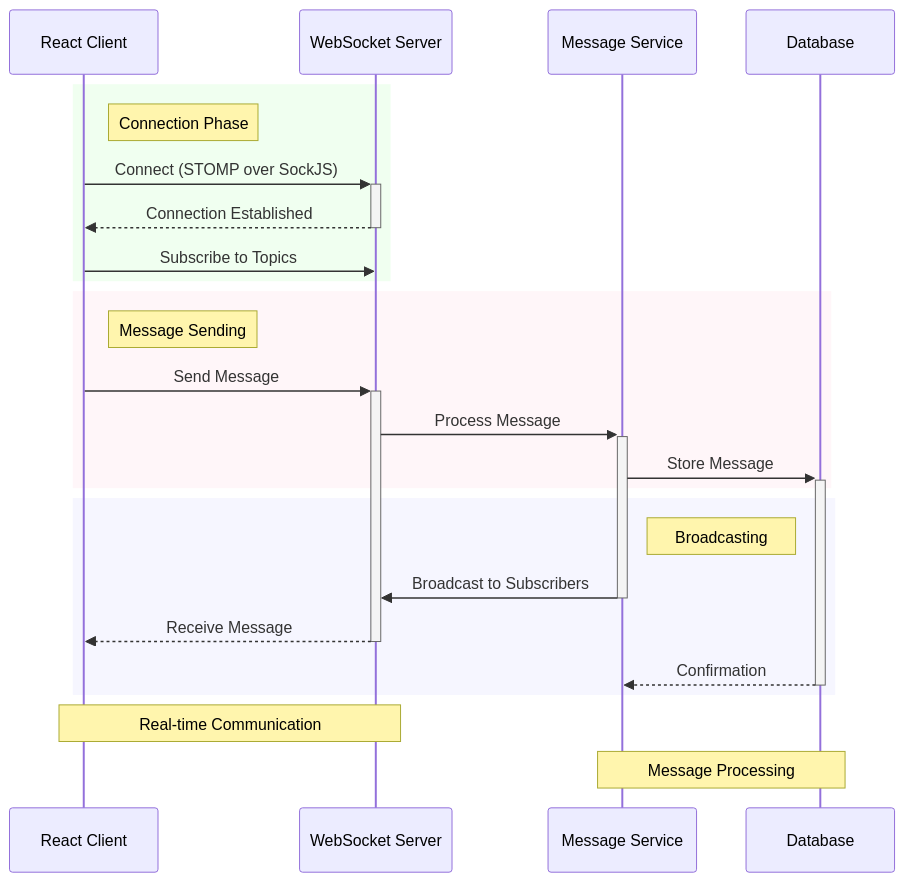
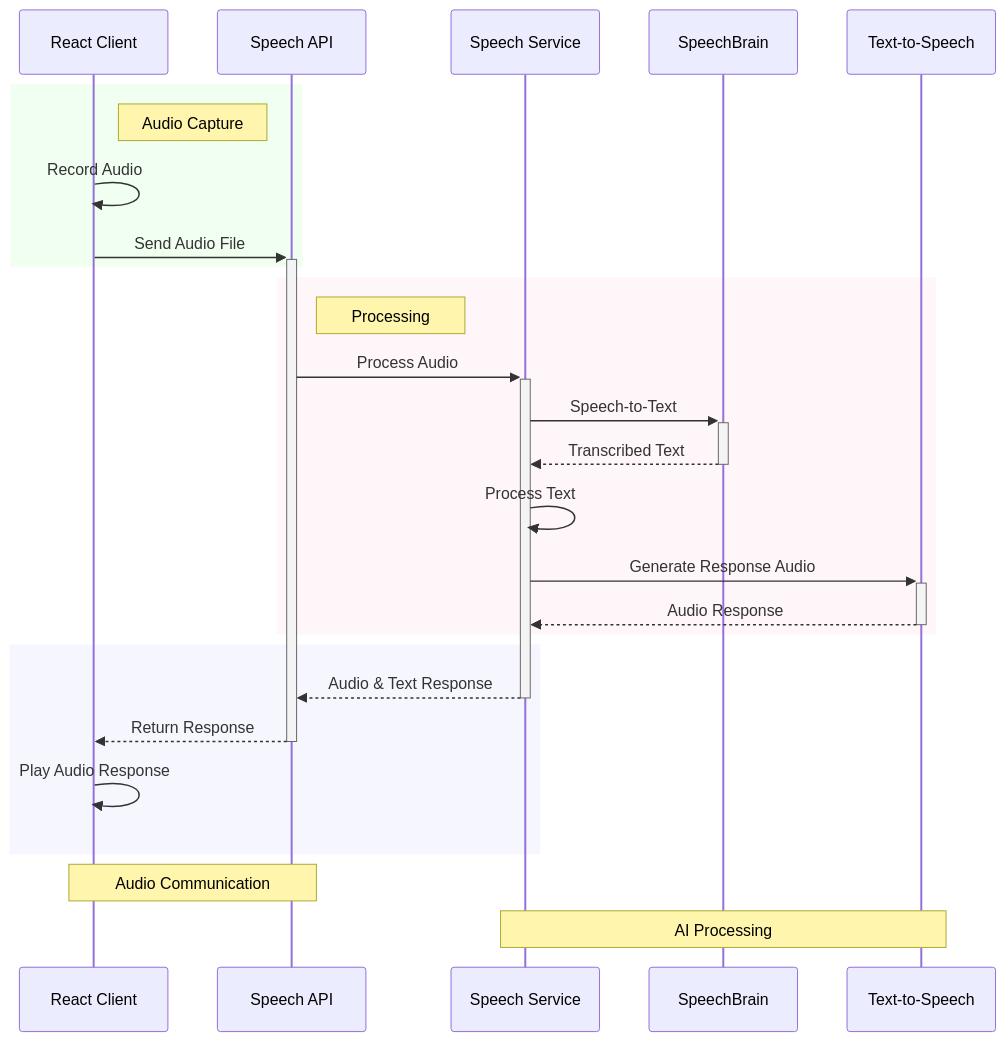
The third of 4 diagrams in TuPhung_Docs/docs/architecture.md (TuPhung369/Haaga_Backend_Programming), drawn with Mermaid before and after one commit. The commit also changed other lines of this file and 1 other file, not shown here.

````diff
--- a/TuPhung_Docs/docs/architecture.md
+++ b/TuPhung_Docs/docs/architecture.md
@@ -82,36 +304,38 @@
 ```mermaid
 sequenceDiagram
     %% Styling
     participant Client as React Client
-    participant WS as WebSocket Server
-    participant Service as Message Service
-    participant DB as Database
+    participant API as Speech API
+    participant Service as Speech Service
+    participant AI as SpeechBrain
+    participant TTS as Text-to-Speech
 
-    %% Connection setup
+    %% Audio Recording
     rect rgb(230, 255, 230, 0.6)
-        note right of Client: Connection Phase
-        Client->>+WS: Connect (STOMP over SockJS)
-        WS-->>-Client: Connection Established
-        Client->>WS: Subscribe to Topics
+        note right of Client: Audio Capture
+        Client->>Client: Record Audio
+        Client->>+API: Send Audio File
     end
 
-    %% Message sending
+    %% Speech Processing
     rect rgb(255, 240, 245, 0.6)
-        note right of Client: Message Sending
-        Client->>+WS: Send Message
-        WS->>+Service: Process Message
-        Service->>+DB: Store Message
+        note right of API: Processing
+        API->>+Service: Process Audio
+        Service->>+AI: Speech-to-Text
+        AI-->>-Service: Transcribed Text
+        Service->>Service: Process Text
+        Service->>+TTS: Generate Response Audio
+        TTS-->>-Service: Audio Response
     end
 
-    %% Broadcasting
+    %% Response
     rect rgb(240, 240, 255, 0.6)
-        note right of Service: Broadcasting
-        Service->>-WS: Broadcast to Subscribers
-        WS-->>-Client: Receive Message
-        DB-->>-Service: Confirmation
+        Service-->>-API: Audio & Text Response
+        API-->>-Client: Return Response
+        Client->>Client: Play Audio Response
     end
 
     %% Notes
-    note over Client,WS: Real-time Communication
-    note over Service,DB: Message Processing
+    note over Client,API: Audio Communication
+    note over Service,TTS: AI Processing
 ```
````
